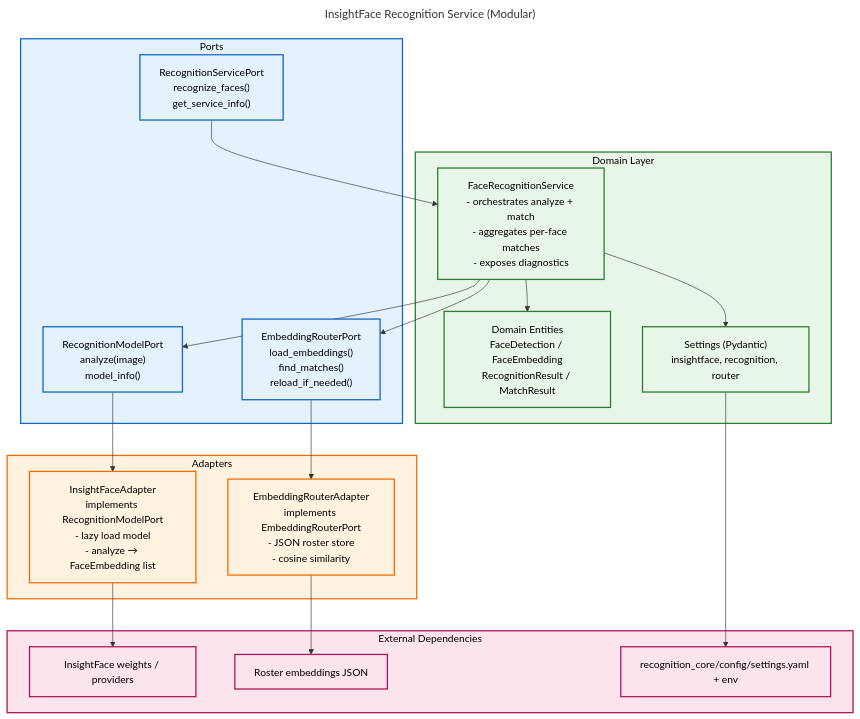
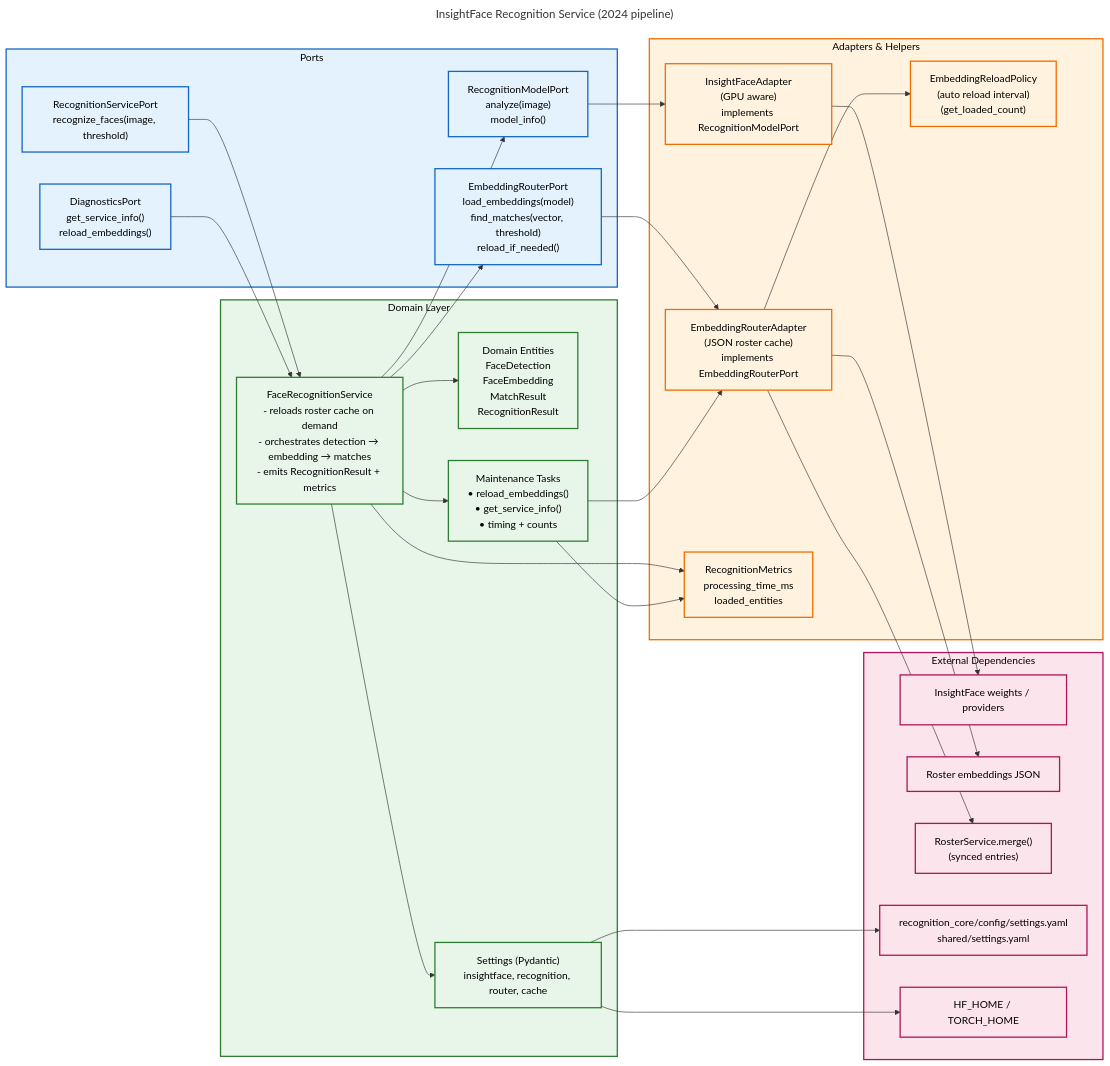
One commit to darce/context-alt-text-monorepo changed the diagram in docs/architecture/backend-uml/recognition_service.mermaid. Above: the diagram before and after it, drawn with Mermaid. The commit also changed 3 other files, not shown here.

Commit message:
docs: align backend UML diagrams with current service flows

```diff
--- a/docs/architecture/backend-uml/recognition_service.mermaid
+++ b/docs/architecture/backend-uml/recognition_service.mermaid
@@ -1,49 +1,63 @@
 ---
-title: InsightFace Recognition Service (Modular)
+title: InsightFace Recognition Service (2024 pipeline)
 ---
-flowchart TB
+flowchart LR
     subgraph ports["Ports"]
-        recognition_port["RecognitionServicePort\nrecognize_faces()\nget_service_info()"]
+        recognition_port["RecognitionServicePort\nrecognize_faces(image, threshold)"]
+        diagnostics_port["DiagnosticsPort\nget_service_info()\nreload_embeddings()"]
         model_port["RecognitionModelPort\nanalyze(image)\nmodel_info()"]
-        embedding_port["EmbeddingRouterPort\nload_embeddings()\nfind_matches()\nreload_if_needed()"]; 
+        embedding_port["EmbeddingRouterPort\nload_embeddings(model)\nfind_matches(vector, threshold)\nreload_if_needed()"]; 
     end
 
     subgraph domain["Domain Layer"]
-        recognition_service["FaceRecognitionService\n- orchestrates analyze + match\n- aggregates per-face matches\n- exposes diagnostics"]
-        recognition_entities["Domain Entities\nFaceDetection / FaceEmbedding\nRecognitionResult / MatchResult"]
-        recognition_settings["Settings (Pydantic)\ninsightface, recognition, router"]
+        recognition_service["FaceRecognitionService\n- reloads roster cache on demand\n- orchestrates detection → embedding → matches\n- emits RecognitionResult + metrics"]
+        recognition_entities["Domain Entities\nFaceDetection\nFaceEmbedding\nMatchResult\nRecognitionResult"]
+        recognition_settings["Settings (Pydantic)\ninsightface, recognition, router, cache"]
+        maintenance_tasks["Maintenance Tasks\n• reload_embeddings()\n• get_service_info()\n• timing + counts"]
     end
 
-    subgraph adapters["Adapters"]
-        insightface_adapter["InsightFaceAdapter\nimplements RecognitionModelPort\n- lazy load model\n- analyze → FaceEmbedding list"]
-        embedding_router["EmbeddingRouterAdapter\nimplements EmbeddingRouterPort\n- JSON roster store\n- cosine similarity"]
+    subgraph adapters["Adapters & Helpers"]
+        insightface_adapter["InsightFaceAdapter\n(GPU aware)\nimplements RecognitionModelPort"]
+        embedding_router["EmbeddingRouterAdapter\n(JSON roster cache)\nimplements EmbeddingRouterPort"]
+        reload_scheduler["EmbeddingReloadPolicy\n(auto reload interval)\n(get_loaded_count)"]
+        metrics_helper["RecognitionMetrics\nprocessing_time_ms\nloaded_entities"]
     end
 
     subgraph external["External Dependencies"]
         insightface_weights["InsightFace weights / providers"]
         embeddings_file["Roster embeddings JSON"]
-        settings_yaml["recognition_core/config/settings.yaml + env"]
+        roster_index["RosterService.merge()\n(synced entries)"]
+        settings_yaml["recognition_core/config/settings.yaml\nshared/settings.yaml"]
+        cache_dirs["HF_HOME / TORCH_HOME"]
     end
 
     recognition_port --> recognition_service
+    diagnostics_port --> recognition_service
     recognition_service --> recognition_entities
     recognition_service --> recognition_settings
+    recognition_service --> maintenance_tasks
     recognition_service --> model_port
     recognition_service --> embedding_port
+    recognition_service --> metrics_helper
 
     model_port --> insightface_adapter
     embedding_port --> embedding_router
+    embedding_router --> reload_scheduler
+    maintenance_tasks --> embedding_router
+    maintenance_tasks --> metrics_helper
 
     insightface_adapter --> insightface_weights
     embedding_router --> embeddings_file
+    embedding_router --> roster_index
     recognition_settings --> settings_yaml
+    recognition_settings --> cache_dirs
 
     classDef portsClass fill:#e3f2fd,stroke:#1565c0,color:#000,stroke-width:2px
     classDef domainClass fill:#e8f5e9,stroke:#2e7d32,color:#000,stroke-width:2px
     classDef adapterClass fill:#fff3e0,stroke:#ef6c00,color:#000,stroke-width:2px
     classDef externalClass fill:#fce4ec,stroke:#ad1457,color:#000,stroke-width:2px
 
-    class ports,recognition_port,model_port,embedding_port portsClass
-    class domain,recognition_service,recognition_entities,recognition_settings domainClass
-    class adapters,insightface_adapter,embedding_router adapterClass
-    class external,insightface_weights,embeddings_file,settings_yaml externalClass
+    class ports,recognition_port,diagnostics_port,model_port,embedding_port portsClass
+    class domain,recognition_service,recognition_entities,recognition_settings,maintenance_tasks domainClass
+    class adapters,insightface_adapter,embedding_router,reload_scheduler,metrics_helper adapterClass
+    class external,insightface_weights,embeddings_file,roster_index,settings_yaml,cache_dirs externalClass
```
